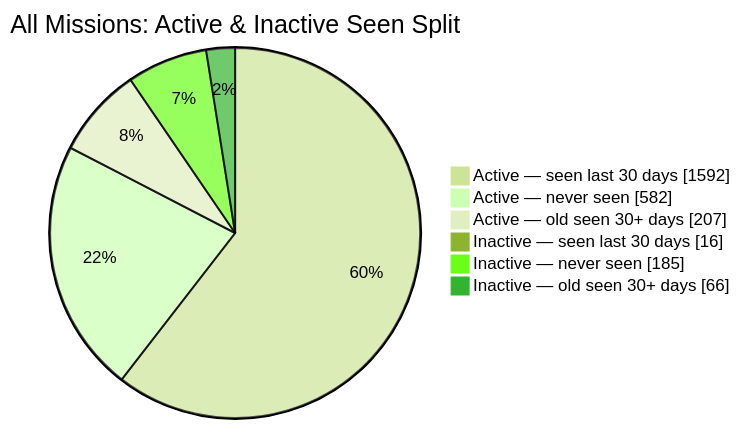
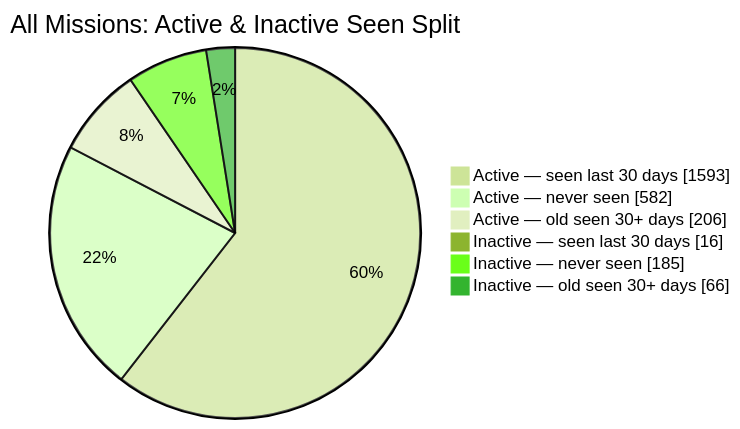
Before and after one commit to MeldkamerspelGameTeam/active-missions: the second of 2 diagrams in README.md, drawn with Mermaid (forest theme). The commit also changed other lines of this file and 3 other files, not shown here.

````diff
--- a/README.md
+++ b/README.md
@@ -44,10 +44,10 @@
 ```mermaid
 pie showData
     title All Missions: Active & Inactive Seen Split
-    "Active — seen last 30 days" : 1592
+    "Active — seen last 30 days" : 1593
     "Active — never seen" : 582
-    "Active — old seen 30+ days" : 207
+    "Active — old seen 30+ days" : 206
     "Inactive — seen last 30 days" : 16
     "Inactive — never seen" : 185
     "Inactive — old seen 30+ days" : 66
 ```
````
